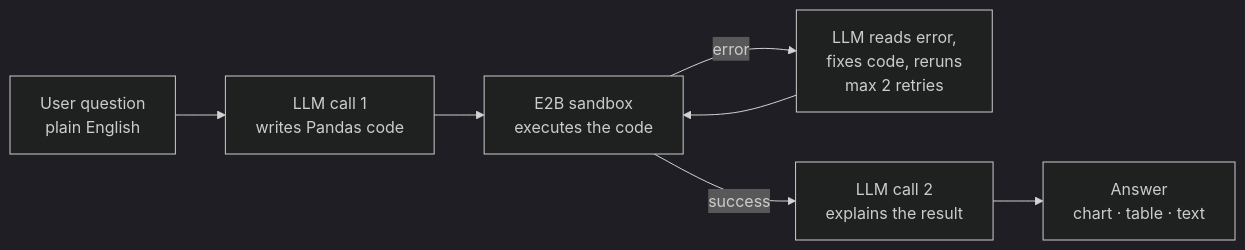
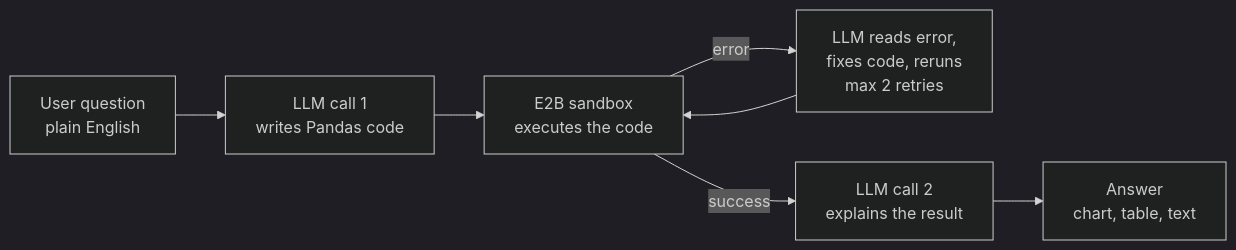
The diagram in README.md (ibrahimzarouri/data-analysis-copilot), drawn with Mermaid (dark theme) before and after one commit. The commit also changed other lines of this file, not shown here.

````diff
--- a/README.md
+++ b/README.md
@@ -73,9 +73,9 @@
 ```mermaid
 flowchart LR
     A[User question<br/>plain English] --> B[LLM call 1<br/>writes Pandas code]
     B --> C[E2B sandbox<br/>executes the code]
     C -->|error| B2[LLM reads error,<br/>fixes code, reruns<br/>max 2 retries]
     B2 --> C
     C -->|success| D[LLM call 2<br/>explains the result]
-    D --> E[Answer<br/>chart · table · text]
+    D --> E[Answer<br/>chart, table, text]
 ```
````
